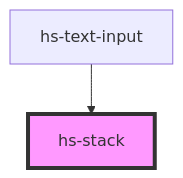
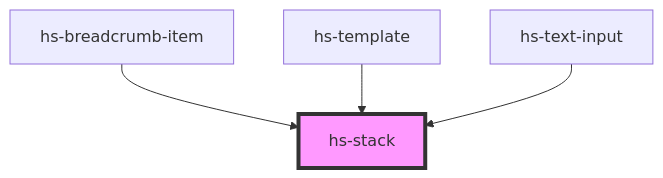
The diagram in src/components/hs-stack/readme.md (FrahOrru/design-system-fender), drawn with Mermaid before and after one commit. The commit also changed other lines of this file and 17 other files, not shown here.

````diff
--- a/src/components/hs-stack/readme.md
+++ b/src/components/hs-stack/readme.md
@@ -23,5 +25,7 @@
 ```mermaid
 graph TD;
+  hs-breadcrumb-item --> hs-stack
+  hs-template --> hs-stack
   hs-text-input --> hs-stack
   style hs-stack fill:#f9f,stroke:#333,stroke-width:4px
 ```
````
